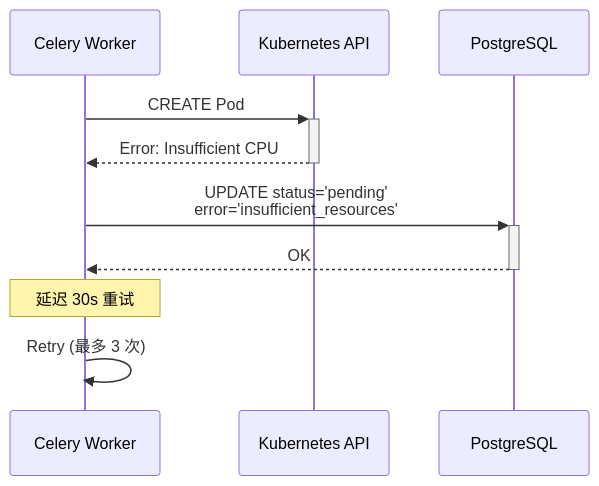
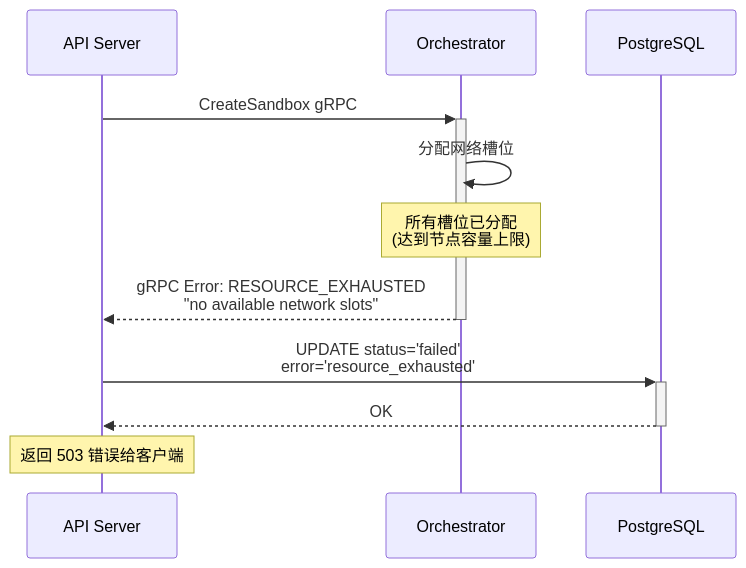
One commit to jackzhang1314/AdNegator changed the third of 14 diagrams in docs/design/L3.1-sequence-diagram-design.md. Above: the diagram before and after it, drawn with Mermaid. The commit also changed other lines of this file, not shown here.

First line of the commit message:
docs(L3.1): MAJOR REWRITE - migrate to E2B Go architecture

````diff
--- a/docs/design/L3.1-sequence-diagram-design.md
+++ b/docs/design/L3.1-sequence-diagram-design.md
@@ -269,16 +426,17 @@
 ```mermaid
 sequenceDiagram
-    participant Celery as Celery Worker
-    participant K8s as Kubernetes API
+    participant API as API Server
+    participant Orch as Orchestrator
     participant DB as PostgreSQL
 
-    Celery->>+K8s: CREATE Pod
-    K8s-->>-Celery: Error: Insufficient CPU
+    API->>+Orch: CreateSandbox gRPC
+    Orch->>Orch: 分配网络槽位
+    Note over Orch: 所有槽位已分配<br/>(达到节点容量上限)
 
-    Celery->>+DB: UPDATE status='pending'<br/>error='insufficient_resources'
-    DB-->>-Celery: OK
+    Orch-->>-API: gRPC Error: RESOURCE_EXHAUSTED<br/>"no available network slots"
 
-    Note over Celery: 延迟 30s 重试
+    API->>+DB: UPDATE status='failed'<br/>error='resource_exhausted'
+    DB-->>-API: OK
 
-    Celery->>Celery: Retry (最多 3 次)
+    Note over API: 返回 503 错误给客户端
 ```
````
